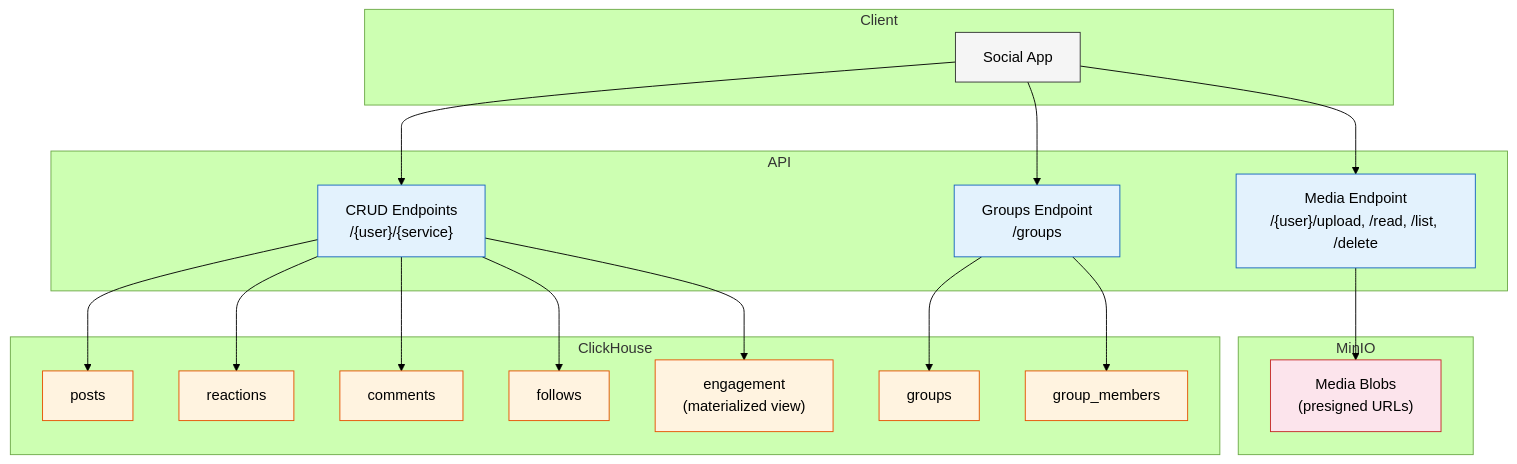
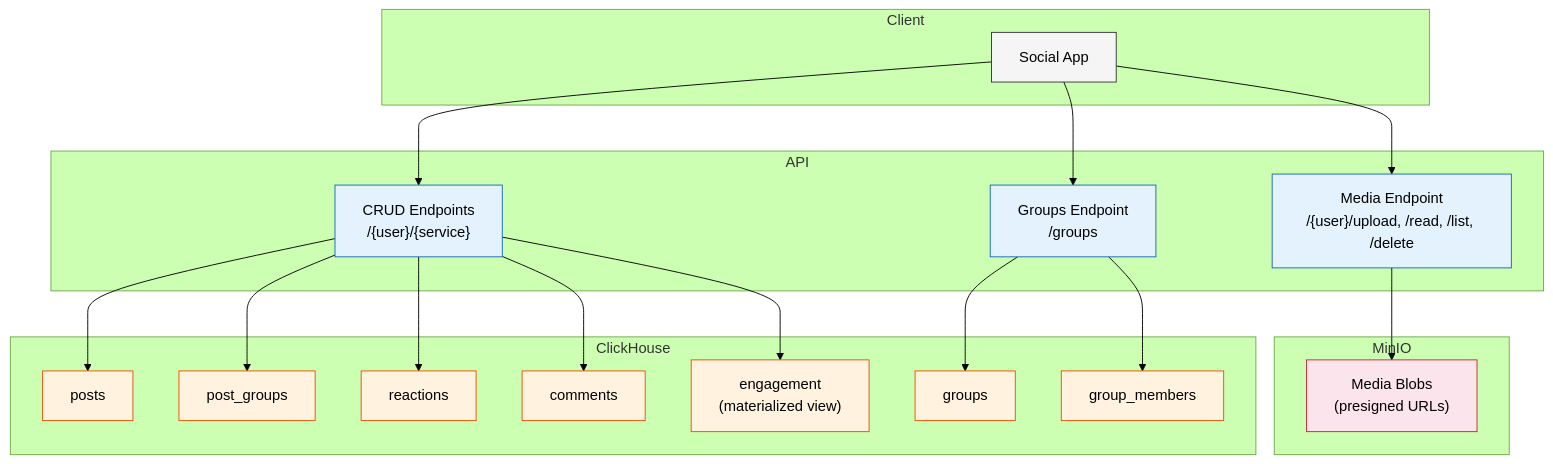
The first of 7 diagrams in knowledge/knowledge-base/web10-v3/overview.md (jacoby149/web10), drawn with Mermaid (forest theme) before and after one commit. The commit also changed other lines of this file and 1 other file, not shown here.

Commit message:
docs: rewrite v3 overview — groups as policy containers, service contracts restrict, group contracts grant

````diff
--- a/knowledge/knowledge-base/web10-v3/overview.md
+++ b/knowledge/knowledge-base/web10-v3/overview.md
@@ -24,51 +24,51 @@
 ```mermaid
 graph TB
     subgraph Client
         App["Social App"]
     end
 
     subgraph API
         CRUD["CRUD Endpoints\n/{user}/{service}"]
         Groups["Groups Endpoint\n/groups"]
         Media["Media Endpoint\n/{user}/upload, /read, /list, /delete"]
     end
 
     subgraph ClickHouse
         Posts["posts"]
+        PostGroups["post_groups"]
         Reactions["reactions"]
         Comments["comments"]
-        Follows["follows"]
         GroupsTable["groups"]
         GroupMembers["group_members"]
         Engagement["engagement\n(materialized view)"]
     end
 
     subgraph MinIO
         Blobs["Media Blobs\n(presigned URLs)"]
     end
 
     App --> CRUD
     App --> Groups
     App --> Media
     CRUD --> Posts
+    CRUD --> PostGroups
     CRUD --> Reactions
     CRUD --> Comments
-    CRUD --> Follows
     CRUD --> Engagement
     Groups --> GroupsTable
     Groups --> GroupMembers
     Media --> Blobs
 
     style App fill:#f5f5f5,stroke:#333,color:#000
     style CRUD fill:#e3f2fd,stroke:#1565c0,color:#000
     style Groups fill:#e3f2fd,stroke:#1565c0,color:#000
     style Media fill:#e3f2fd,stroke:#1565c0,color:#000
     style Posts fill:#fff3e0,stroke:#e65100,color:#000
+    style PostGroups fill:#fff3e0,stroke:#e65100,color:#000
     style Reactions fill:#fff3e0,stroke:#e65100,color:#000
     style Comments fill:#fff3e0,stroke:#e65100,color:#000
-    style Follows fill:#fff3e0,stroke:#e65100,color:#000
     style GroupsTable fill:#fff3e0,stroke:#e65100,color:#000
     style GroupMembers fill:#fff3e0,stroke:#e65100,color:#000
     style Engagement fill:#fff3e0,stroke:#e65100,color:#000
     style Blobs fill:#fce4ec,stroke:#c62828,color:#000
 ```
````
